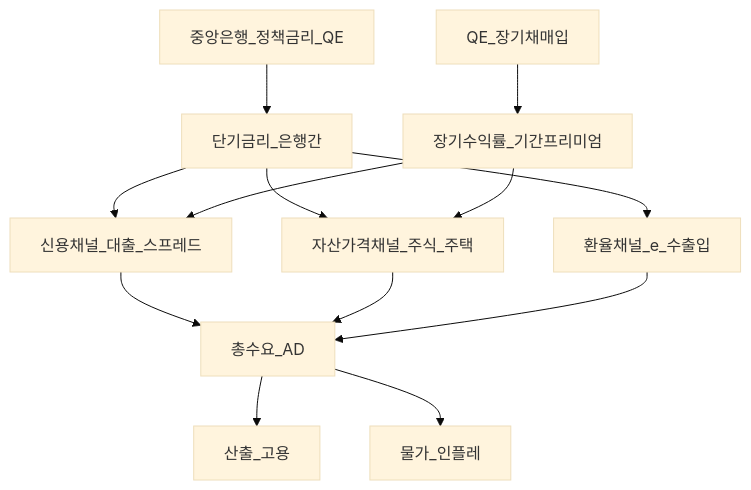
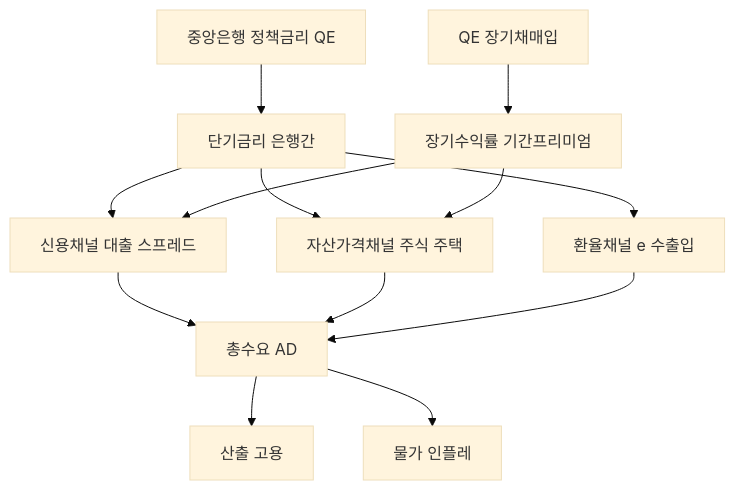
One commit to goldanghenry/Finances changed the first of 2 diagrams in 02-economics/macro-04-monetary-policy-qe.md. Above: the diagram before and after it, drawn with Mermaid (base theme). The commit also changed other lines of this file and 211 other files, not shown here.

````diff
--- a/02-economics/macro-04-monetary-policy-qe.md
+++ b/02-economics/macro-04-monetary-policy-qe.md
@@ -131,15 +141,15 @@
 ```mermaid
 flowchart TD
-  CB[중앙은행_정책금리_QE] --> ST[단기금리_은행간]
-  ST --> Credit[신용채널_대출_스프레드]
-  ST --> Asset[자산가격채널_주식_주택]
-  ST --> FX[환율채널_e_수출입]
-  Credit --> AD[총수요_AD]
+  CB["중앙은행 정책금리 QE"] --> ST["단기금리 은행간"]
+  ST --> Credit["신용채널 대출 스프레드"]
+  ST --> Asset["자산가격채널 주식 주택"]
+  ST --> FX["환율채널 e 수출입"]
+  Credit --> AD["총수요 AD"]
   Asset --> AD
   FX --> AD
-  AD --> Y[산출_고용]
-  AD --> Pi[물가_인플레]
-  QE2[QE_장기채매입] --> LongY[장기수익률_기간프리미엄]
+  AD --> Y["산출 고용"]
+  AD --> Pi["물가 인플레"]
+  QE2["QE 장기채매입"] --> LongY["장기수익률 기간프리미엄"]
   LongY --> Asset
   LongY --> Credit
 ```
````
